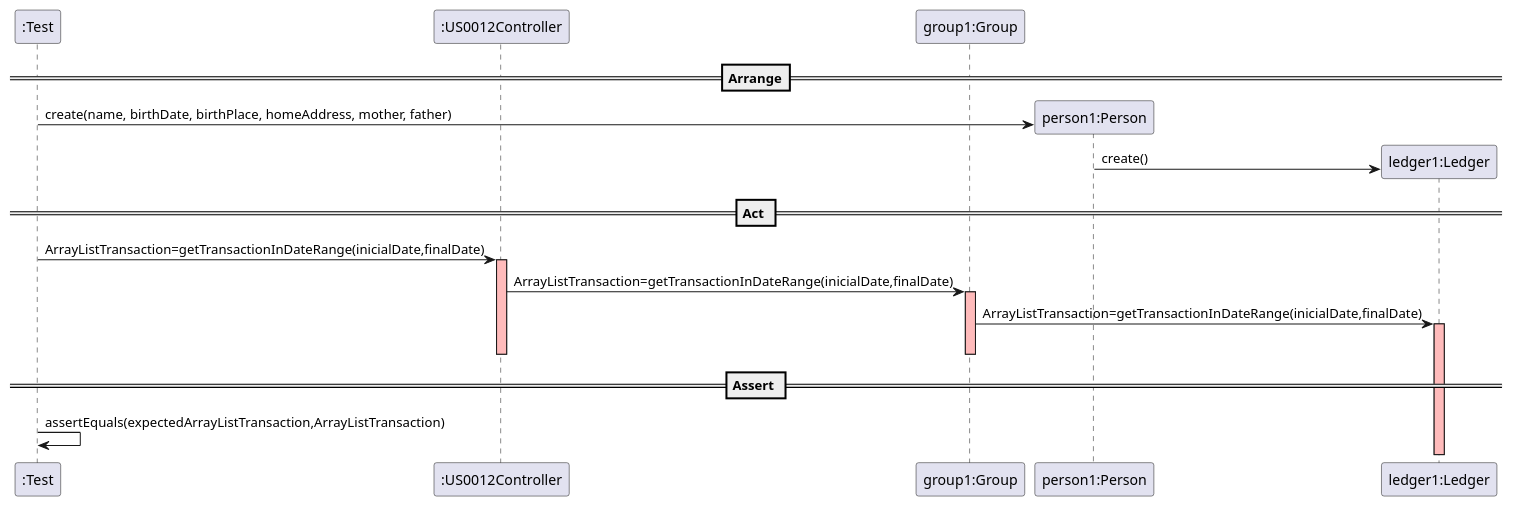
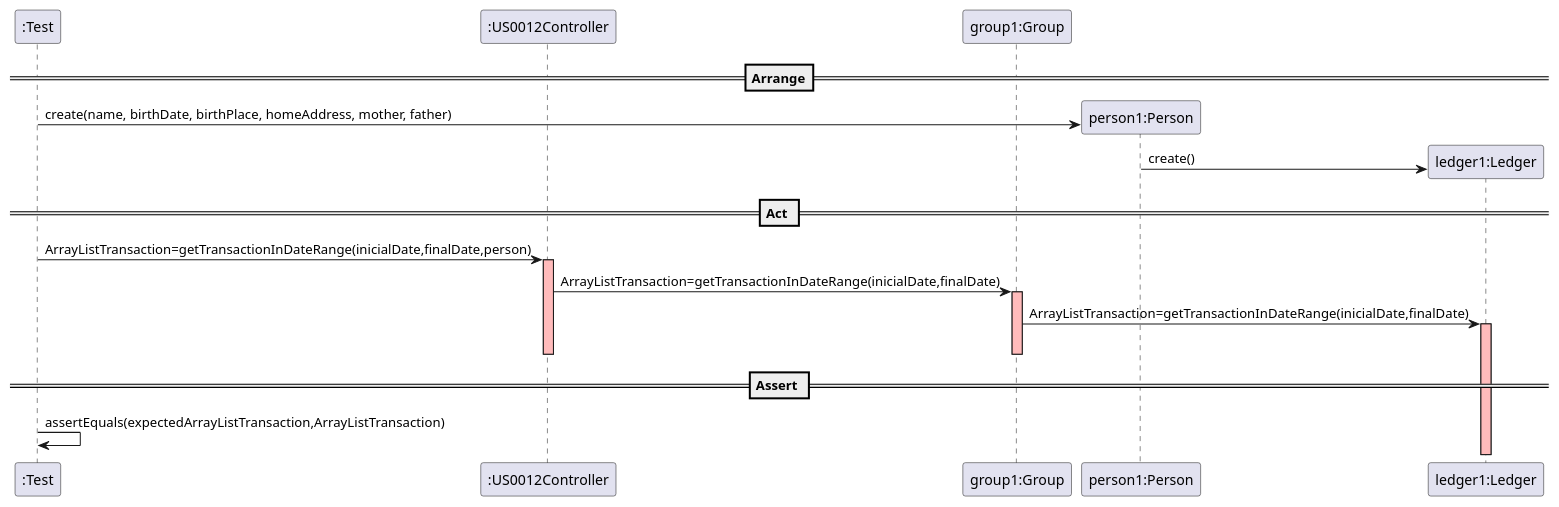
One commit to mleitaoribeiro/DevOpsMaven changed the diagram in docs/SequenceDiagram - US012.puml. Above: the diagram before and after it, drawn with PlantUML.

Commit message:
update diagram sequenceUS012

```diff
--- a/docs/SequenceDiagram - US012.puml
+++ b/docs/SequenceDiagram - US012.puml
@@ -1,35 +1,35 @@
 @startuml
 create ":Test"
 
 ==Arrange==
 create ":US0012Controller"
 create "group1:Group"
 
 
 create "person1:Person"
 ":Test" -> "person1:Person" : create(name, birthDate, birthPlace, homeAddress, mother, father)
 
 create "ledger1:Ledger"
 "person1:Person" -> "ledger1:Ledger" : create()
 
 == Act ==
 
-":Test" -> ":US0012Controller" : ArrayListTransaction=getTransactionInDateRange(inicialDate,finalDate)
+":Test" -> ":US0012Controller" : ArrayListTransaction=getTransactionInDateRange(inicialDate,finalDate,person)
 activate ":US0012Controller"  #FFBBBB
 
 ":US0012Controller" -> "group1:Group" : ArrayListTransaction=getTransactionInDateRange(inicialDate,finalDate)
 activate "group1:Group"  #FFBBBB
 
 "group1:Group" -> "ledger1:Ledger" : ArrayListTransaction=getTransactionInDateRange(inicialDate,finalDate)
 activate "ledger1:Ledger"  #FFBBBB
 
 
 
 deactivate "group1:Group"  #FFBBBB
 deactivate ":US0012Controller"  #FFBBBB
 
 == Assert ==
 
 ":Test" -> ":Test" : assertEquals(expectedArrayListTransaction,ArrayListTransaction)
 
 @enduml
```
